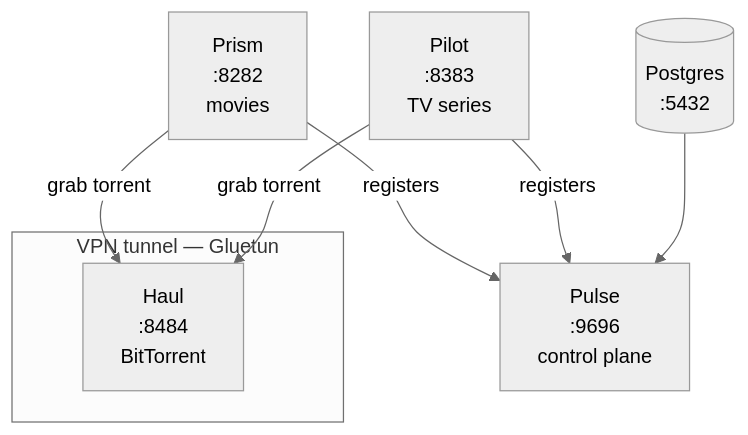
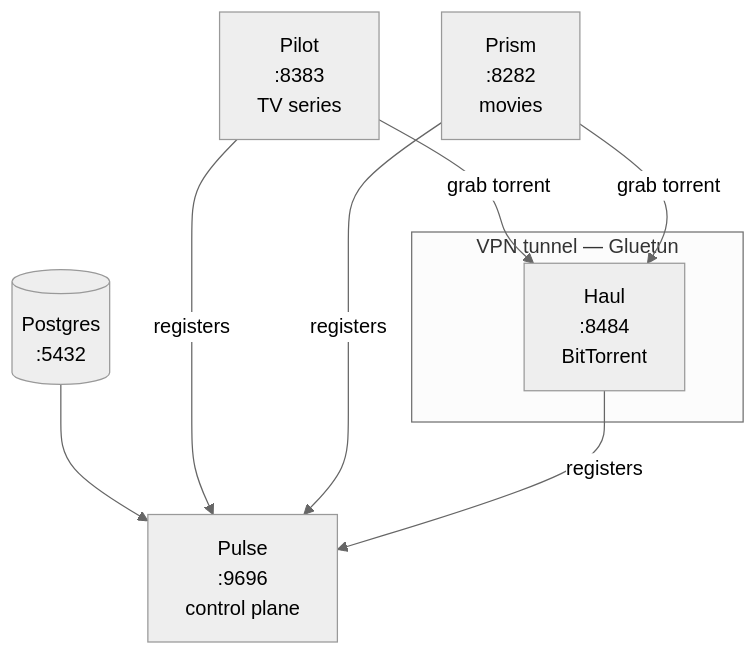
The diagram in README.md (Beacon-Stack/deploy), drawn with Mermaid (neutral theme) before and after one commit. The commit also changed other lines of this file, not shown here.

Commit message:
docs(readme): fix mermaid labels and add Haul registration edge
GitHub's mermaid renderer treats literal \n as backslash-n inside
node labels; switch to <br/> so the multi-line labels render as
intended across renderers.

Also add the Haul → Pulse "registers" edge (Haul registers with
Pulse on startup as a 'download-client' service just like Pilot
and Prism do, via pulse/pkg/sdk) and update the caption to match.

````diff
--- a/README.md
+++ b/README.md
@@ -26,17 +26,18 @@
 ```mermaid
 graph TD
-    PG[(Postgres\n:5432)]
+    PG[("Postgres<br/>:5432")]
     PG --> PULSE
 
-    PULSE[Pulse\n:9696\ncontrol plane]
+    PULSE["Pulse<br/>:9696<br/>control plane"]
 
-    PILOT[Pilot\n:8383\nTV series] -->|registers| PULSE
-    PRISM[Prism\n:8282\nmovies] -->|registers| PULSE
+    PILOT["Pilot<br/>:8383<br/>TV series"] -->|registers| PULSE
+    PRISM["Prism<br/>:8282<br/>movies"] -->|registers| PULSE
 
     PILOT -->|grab torrent| HAUL
     PRISM -->|grab torrent| HAUL
 
     subgraph VPN tunnel [VPN tunnel — Gluetun]
-        HAUL[Haul\n:8484\nBitTorrent]
+        HAUL["Haul<br/>:8484<br/>BitTorrent"]
     end
+    HAUL -->|registers| PULSE
 ```
````
